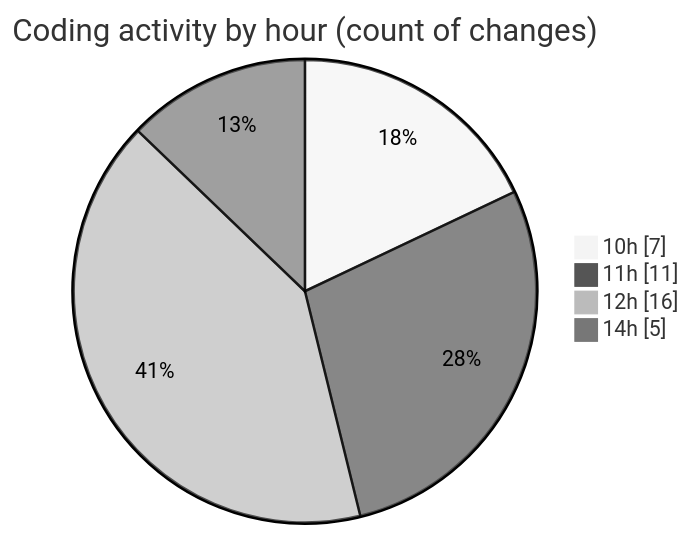
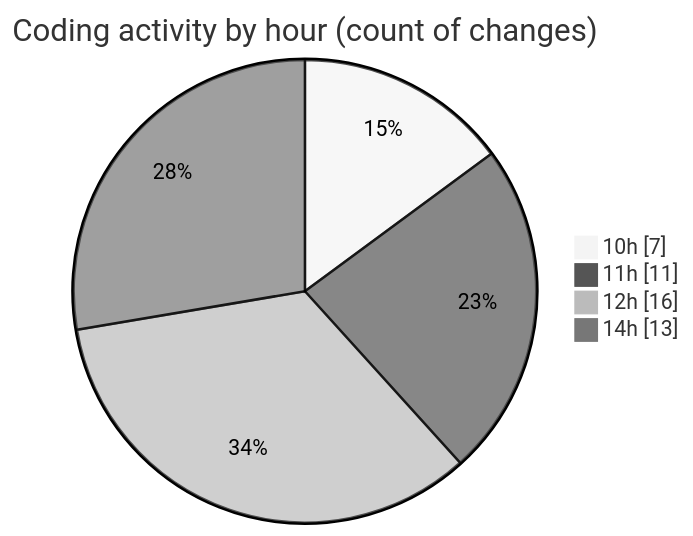
Before and after one commit to igalym/code-tracking: the second of 2 diagrams in 2026-03-31/cinema/README.md, drawn with Mermaid (neutral theme). The commit also changed other lines of this file and 1 other file, not shown here.

````diff
--- a/2026-03-31/cinema/README.md
+++ b/2026-03-31/cinema/README.md
@@ -42,8 +44,8 @@
 ```mermaid
 pie showData
 title Coding activity by hour (count of changes)
 "10h" : 7
 "11h" : 11
 "12h" : 16
-"14h" : 5
+"14h" : 13
 ```
````
